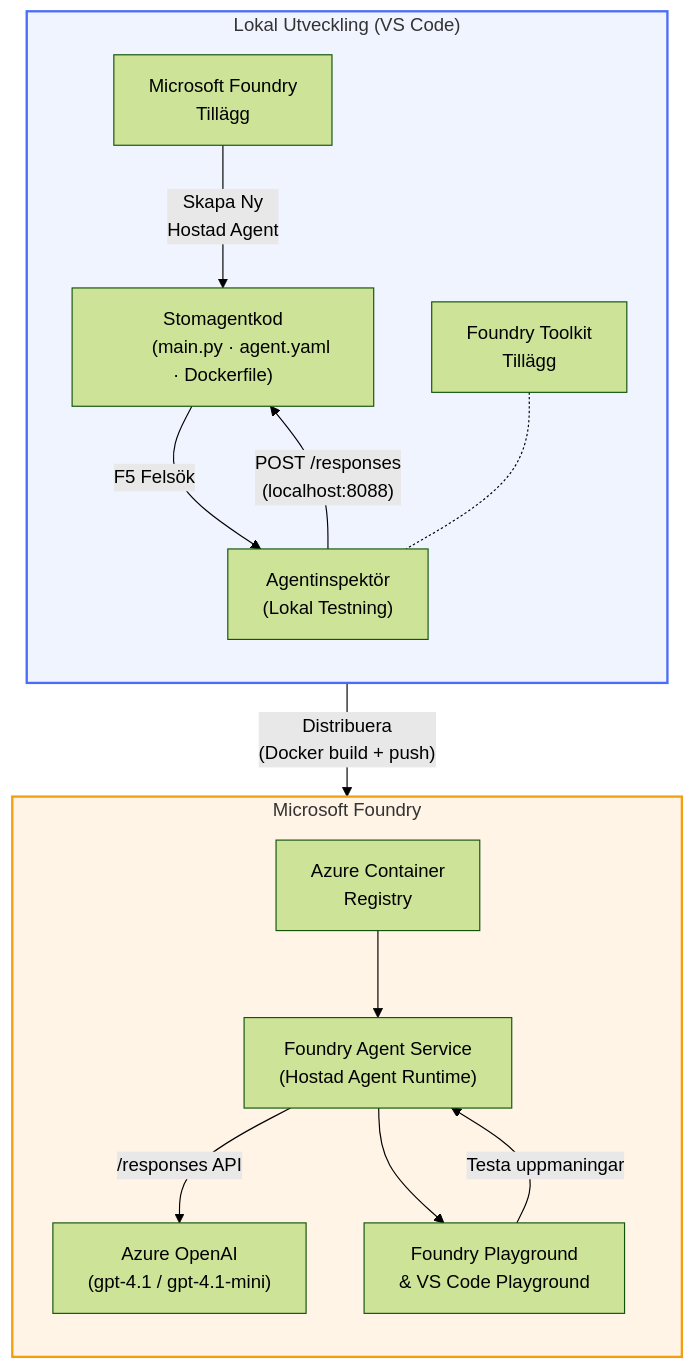
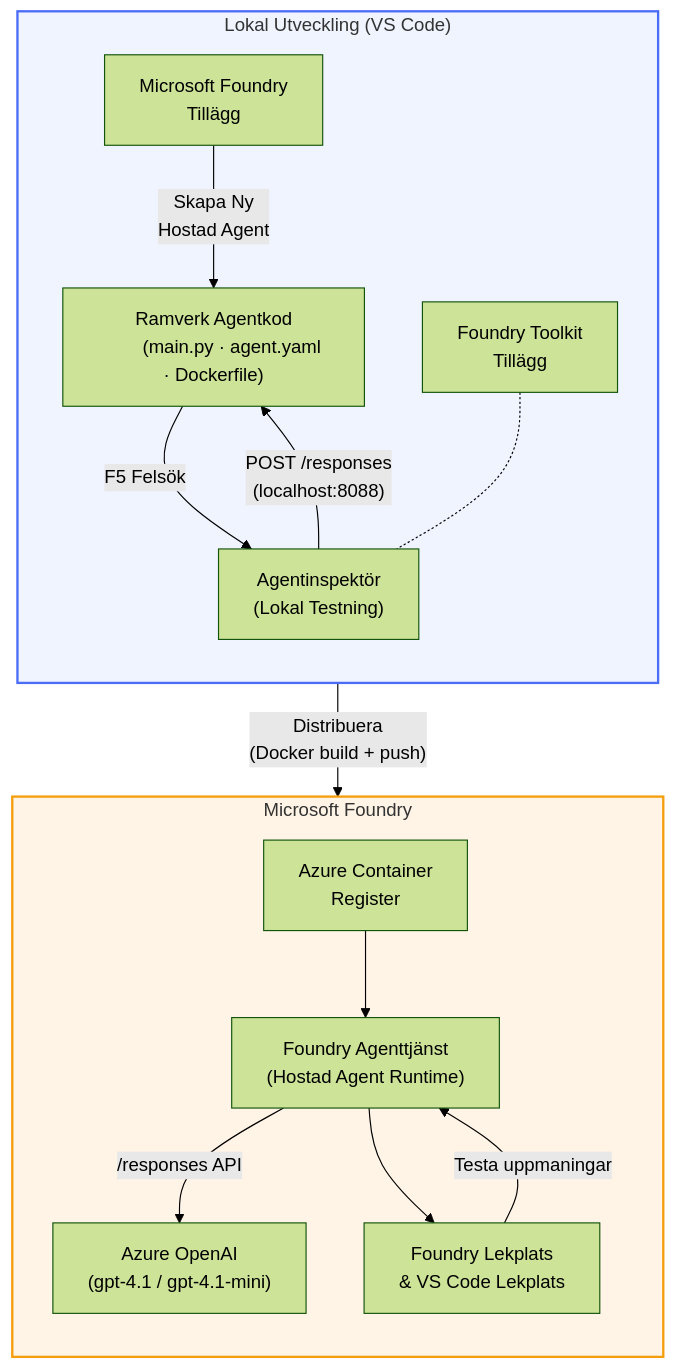
Before and after one commit to microsoft-foundry/Foundry_Toolkit_for_VSCode_Lab: the diagram in translations/sv/README.md, drawn with Mermaid (forest theme). The commit also changed other lines of this file and 110 other files, not shown here.

````diff
--- a/translations/sv/README.md
+++ b/translations/sv/README.md
@@ -48,42 +52,42 @@
 ```mermaid
 flowchart TB
     subgraph Local["Lokal Utveckling (VS Code)"]
         direction TB
         FE["Microsoft Foundry
         Tillägg"]
         FoundryToolkit["Foundry Toolkit
         Tillägg"]
-        Scaffold["Stomagentkod
+        Scaffold["Ramverk Agentkod
         (main.py · agent.yaml · Dockerfile)"]
         Inspector["Agentinspektör
         (Lokal Testning)"]
         FE -- "Skapa Ny
         Hostad Agent" --> Scaffold
         Scaffold -- "F5 Felsök" --> Inspector
         FoundryToolkit -.- Inspector
     end
 
     subgraph Cloud["Microsoft Foundry"]
         direction TB
         ACR["Azure Container
-        Registry"]
-        AgentService["Foundry Agent Service
+        Register"]
+        AgentService["Foundry Agenttjänst
         (Hostad Agent Runtime)"]
         Model["Azure OpenAI
         (gpt-4.1 / gpt-4.1-mini)"]
-        Playground["Foundry Playground
-        & VS Code Playground"]
+        Playground["Foundry Lekplats
+        & VS Code Lekplats"]
         ACR --> AgentService
         AgentService -- "/responses API" --> Model
         AgentService --> Playground
     end
 
     Scaffold -- "Distribuera
     (Docker build + push)" --> ACR
     Inspector -- "POST /responses
     (localhost:8088)" --> Scaffold
     Playground -- "Testa uppmaningar" --> AgentService
 
     style Local fill:#f0f4ff,stroke:#4a6cf7,stroke-width:2px
     style Cloud fill:#fff4e6,stroke:#f59e0b,stroke-width:2px
 ```
````
